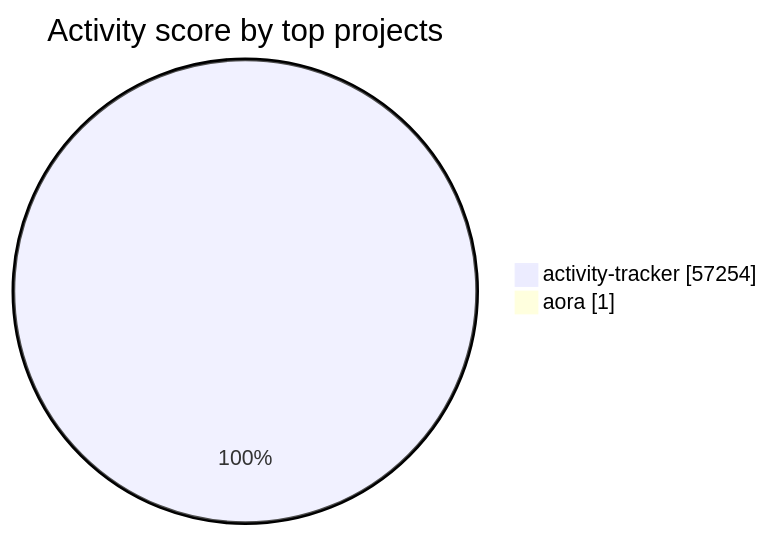
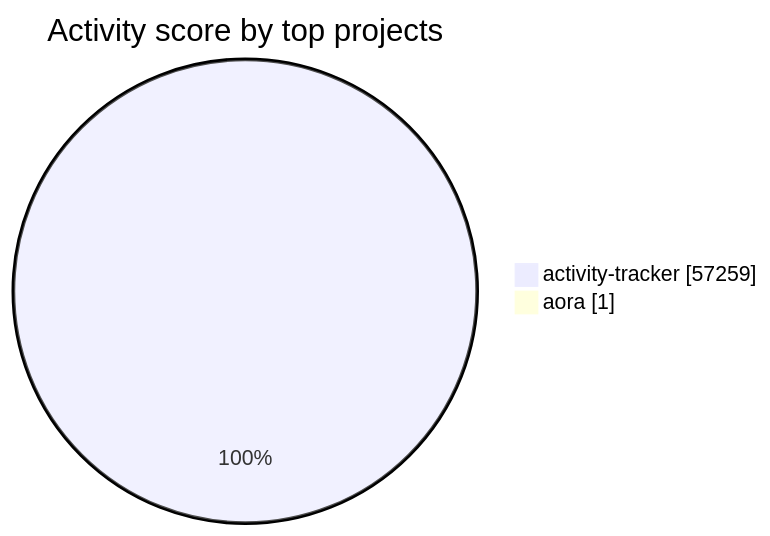
One commit to Sonkarrushikesh22/activity-tracker changed the diagram in visualizations/README.md. Above: the diagram before and after it, drawn with Mermaid. The commit also changed other lines of this file and 4 other files, not shown here.

````diff
--- a/visualizations/README.md
+++ b/visualizations/README.md
@@ -33,6 +33,6 @@
 ```mermaid
 pie showData
     title Activity score by top projects
-    "activity-tracker" : 57254
+    "activity-tracker" : 57259
     "aora" : 1
 ```
````
